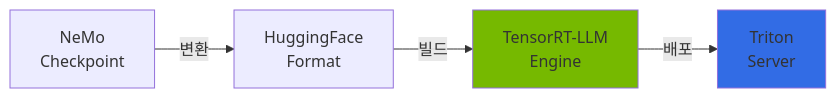
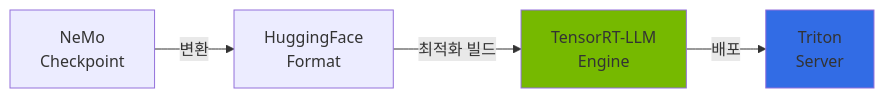
The third of 6 diagrams in docs/agentic-ai-platform/model-serving/nemo-framework.md (devfloor9/engineering-playbook), drawn with Mermaid before and after one commit. The commit also changed other lines of this file and 5 other files, not shown here.

````diff
--- a/docs/agentic-ai-platform/model-serving/nemo-framework.md
+++ b/docs/agentic-ai-platform/model-serving/nemo-framework.md
@@ -416,14 +288,14 @@
 ```mermaid
 flowchart LR
     NeMo[NeMo<br/>Checkpoint]
     HF[HuggingFace<br/>Format]
     TRT[TensorRT-LLM<br/>Engine]
     Triton[Triton<br/>Server]
 
     NeMo -->|변환| HF
-    HF -->|빌드| TRT
+    HF -->|최적화 빌드| TRT
     TRT -->|배포| Triton
 
     style TRT fill:#76b900
     style Triton fill:#326ce5
 ```
````
